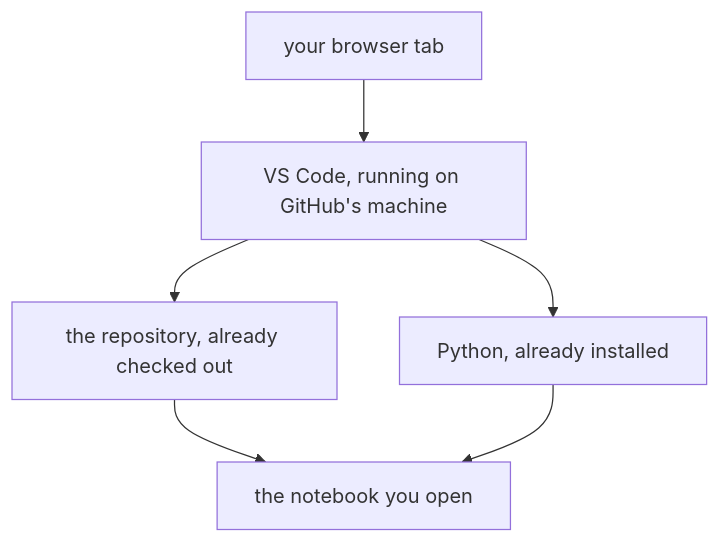
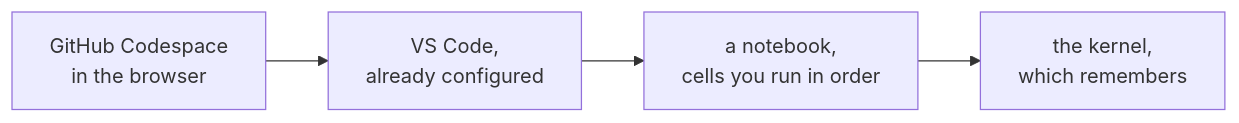
One commit to fde-academy-lab/c2-content-factory changed the fourth of 4 diagrams in content/W01/D1/slides/C2_W01_D01_half1_STUDENT.md. Above: the diagram before and after it, drawn with Mermaid. The commit also changed other lines of this file and 201 other files, not shown here.

````diff
--- a/content/W01/D1/slides/C2_W01_D01_half1_STUDENT.md
+++ b/content/W01/D1/slides/C2_W01_D01_half1_STUDENT.md
@@ -87,8 +152,6 @@
 ```mermaid
-flowchart TB
-    A["your browser tab"] --> B["VS Code, running on GitHub's machine"]
-    B --> C["the repository, already checked out"]
-    B --> D["Python, already installed"]
-    C --> E["the notebook you open"]
-    D --> E
+flowchart LR
+    G["GitHub Codespace<br/>in the browser"] --> V["VS Code,<br/>already configured"]
+    V --> N["a notebook,<br/>cells you run in order"]
+    N --> K["the kernel,<br/>which remembers"]
 ```
````
